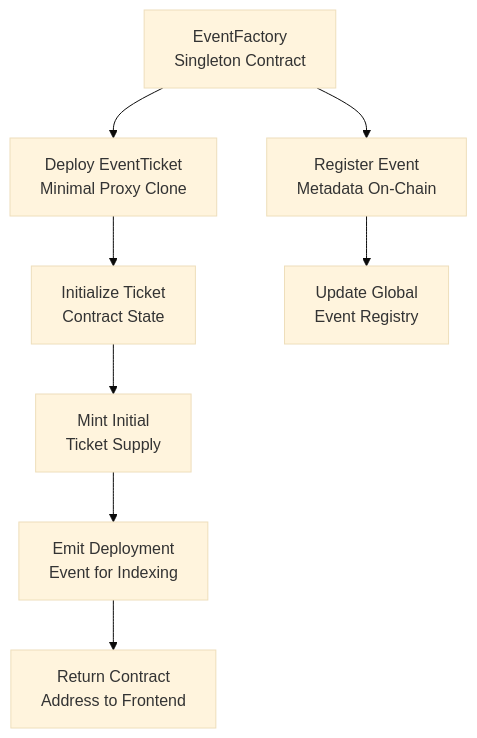
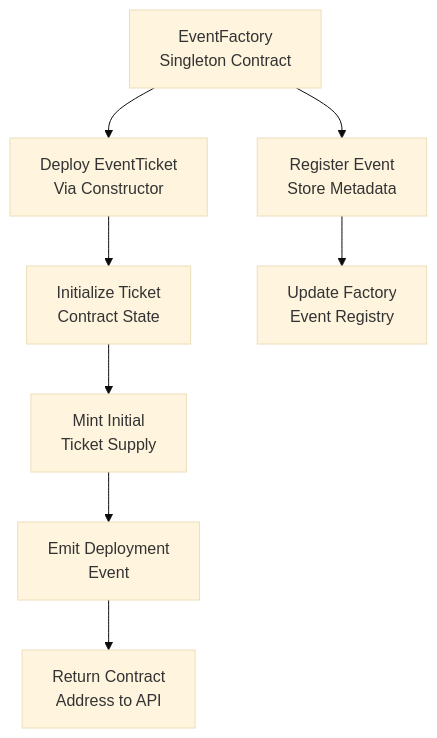
The third of 7 diagrams in docs/architecture/README.md (Emertechs-Labs/e-chain), drawn with Mermaid (base theme) before and after one commit. The commit also changed other lines of this file and 36 other files, not shown here.

````diff
--- a/docs/architecture/README.md
+++ b/docs/architecture/README.md
@@ -425,10 +452,10 @@
 ```mermaid
 graph TD
-    A[EventFactory<br/>Singleton Contract] --> B[Deploy EventTicket<br/>Minimal Proxy Clone]
-    A --> C[Register Event<br/>Metadata On-Chain]
+    A[EventFactory<br/>Singleton Contract] --> B[Deploy EventTicket<br/>Via Constructor]
+    A --> C[Register Event<br/>Store Metadata]
     B --> D[Initialize Ticket<br/>Contract State]
-    C --> E[Update Global<br/>Event Registry]
+    C --> E[Update Factory<br/>Event Registry]
     D --> F[Mint Initial<br/>Ticket Supply]
-    F --> G[Emit Deployment<br/>Event for Indexing]
-    G --> H[Return Contract<br/>Address to Frontend]
+    F --> G[Emit Deployment<br/>Event]
+    G --> H[Return Contract<br/>Address to API]
 ```
````
